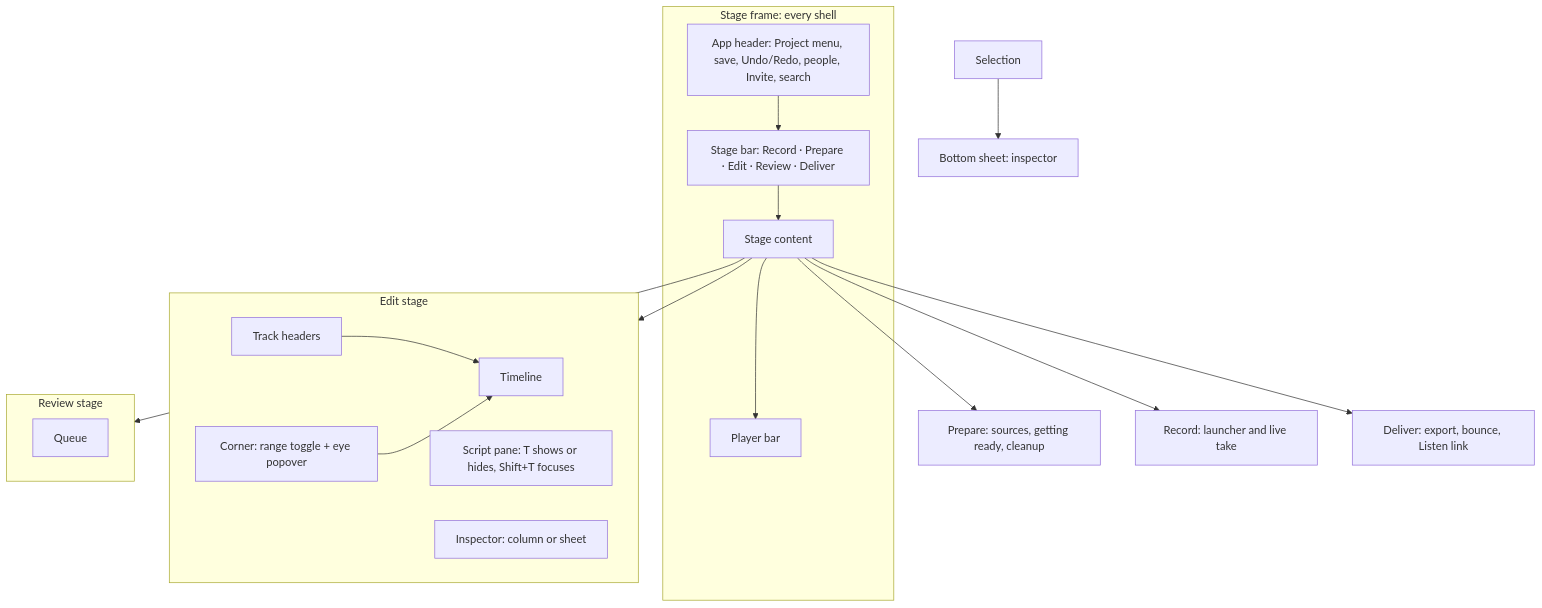
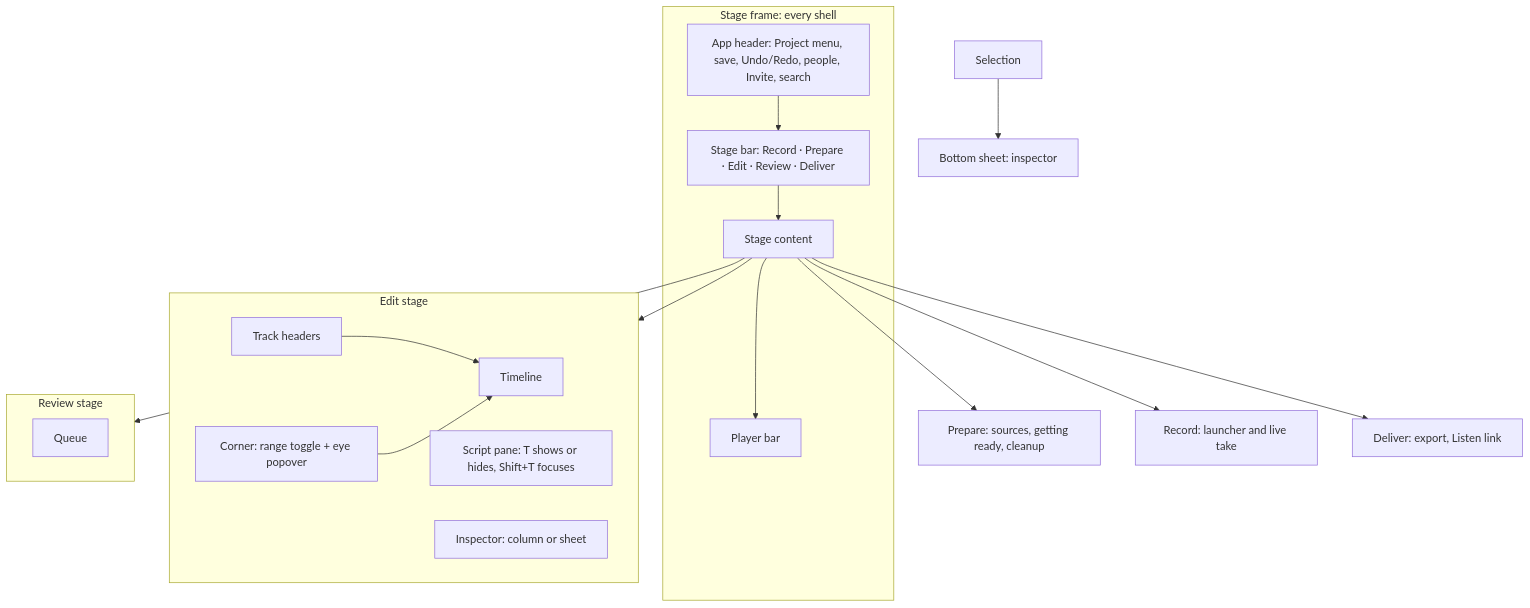
Before and after one commit to calebn/sharecut-studio: the diagram in ux/pages/screens/information-architecture.md, drawn with Mermaid. The commit also changed 11 other files, not shown here.

First line of the commit message:
docs: Export is unmastered and in place, Mod+E notes and stale Bounce pages reconciled

````diff
--- a/ux/pages/screens/information-architecture.md
+++ b/ux/pages/screens/information-architecture.md
@@ -3,28 +3,28 @@
 ```mermaid
 flowchart TB
   subgraph frame [Stage frame: every shell]
     HD[App header: Project menu, save, Undo/Redo, people, Invite, search]
     SB[Stage bar: Record · Prepare · Edit · Review · Deliver]
     ST[Stage content]
     PL[Player bar]
     HD --> SB --> ST --> PL
   end
 
   subgraph edit [Edit stage]
     TH[Track headers] --> TIM[Timeline]
     CORNER[Corner: range toggle + eye popover] --> TIM
     SC[Script pane: T shows or hides, Shift+T focuses]
     INS[Inspector: column or sheet]
   end
 
   subgraph review [Review stage]
     RV[Queue]
   end
 
   ST --> edit
   ST --> review
   ST --> PREP[Prepare: sources, getting ready, cleanup]
   ST --> REC[Record: launcher and live take]
-  ST --> DEL[Deliver: export, bounce, Listen link]
+  ST --> DEL[Deliver: export, Listen link]
   SEL[Selection] --> BS[Bottom sheet: inspector]
 ```
````
